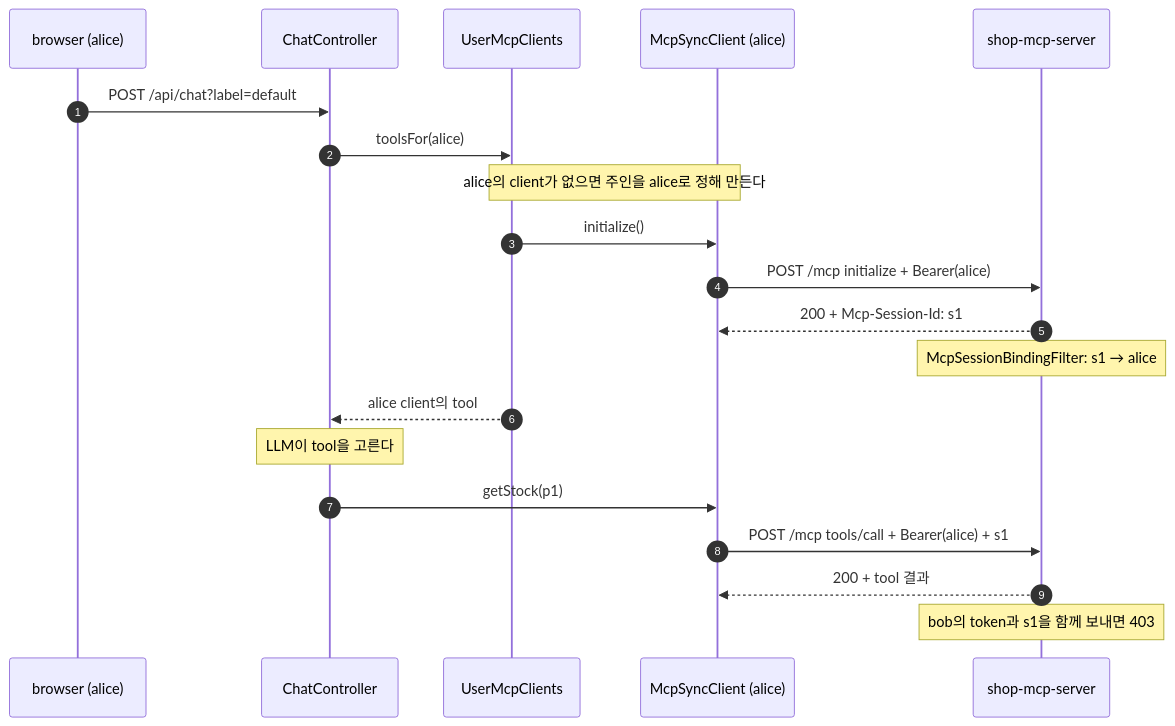
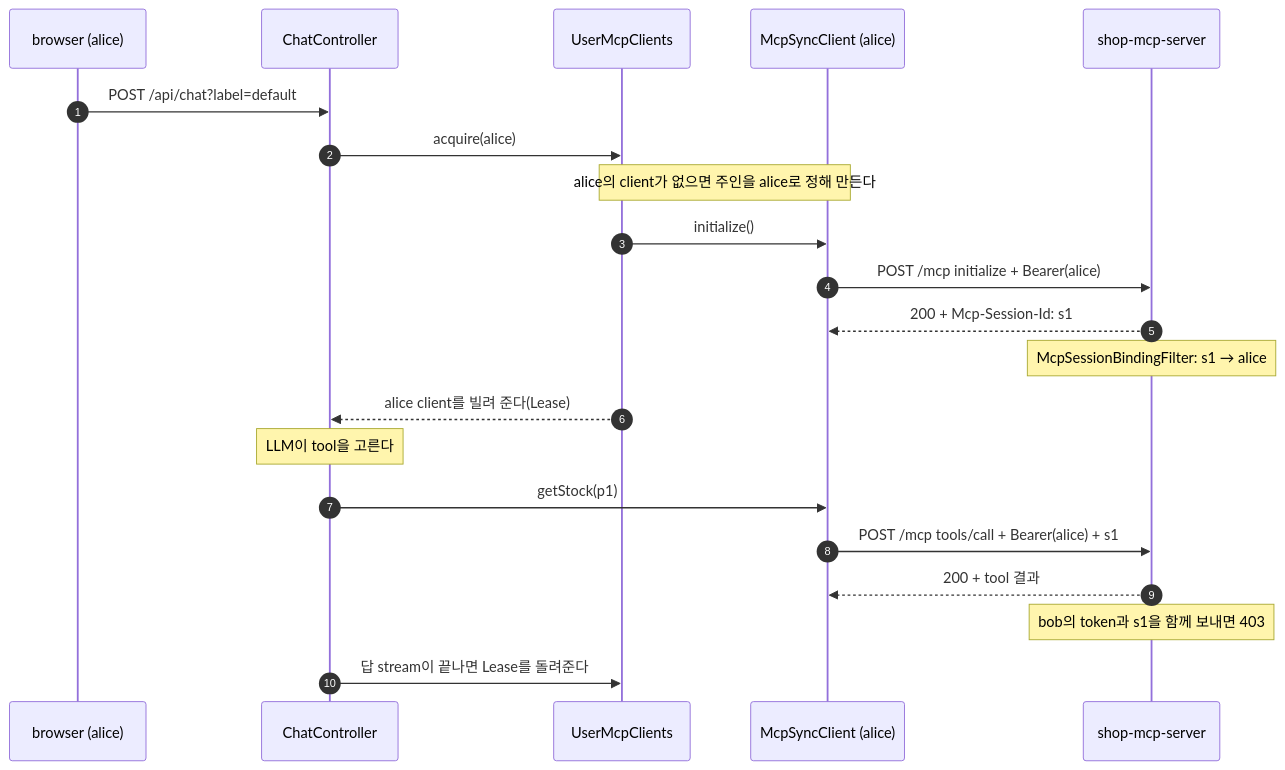
Before and after one commit to starryeye/spring-ai: the first of 2 diagrams in practice/mcp-security-authn-chat-memory/README.md, drawn with Mermaid. The commit also changed other lines of this file and 6 other files, not shown here.

````diff
--- a/practice/mcp-security-authn-chat-memory/README.md
+++ b/practice/mcp-security-authn-chat-memory/README.md
@@ -79,22 +81,23 @@
 ```mermaid
 sequenceDiagram
     autonumber
     participant A as browser (alice)
     participant G as ChatController
     participant U as UserMcpClients
     participant C as McpSyncClient (alice)
     participant S as shop-mcp-server
     A->>G: POST /api/chat?label=default
-    G->>U: toolsFor(alice)
+    G->>U: acquire(alice)
     Note over U,C: alice의 client가 없으면 주인을 alice로 정해 만든다
     U->>C: initialize()
     C->>S: POST /mcp initialize + Bearer(alice)
     S-->>C: 200 + Mcp-Session-Id: s1
     Note over S: McpSessionBindingFilter: s1 → alice
-    U-->>G: alice client의 tool
+    U-->>G: alice client를 빌려 준다(Lease)
     Note over G: LLM이 tool을 고른다
     G->>C: getStock(p1)
     C->>S: POST /mcp tools/call + Bearer(alice) + s1
     S-->>C: 200 + tool 결과
     Note over S: bob의 token과 s1을 함께 보내면 403
+    G->>U: 답 stream이 끝나면 Lease를 돌려준다
 ```
````
